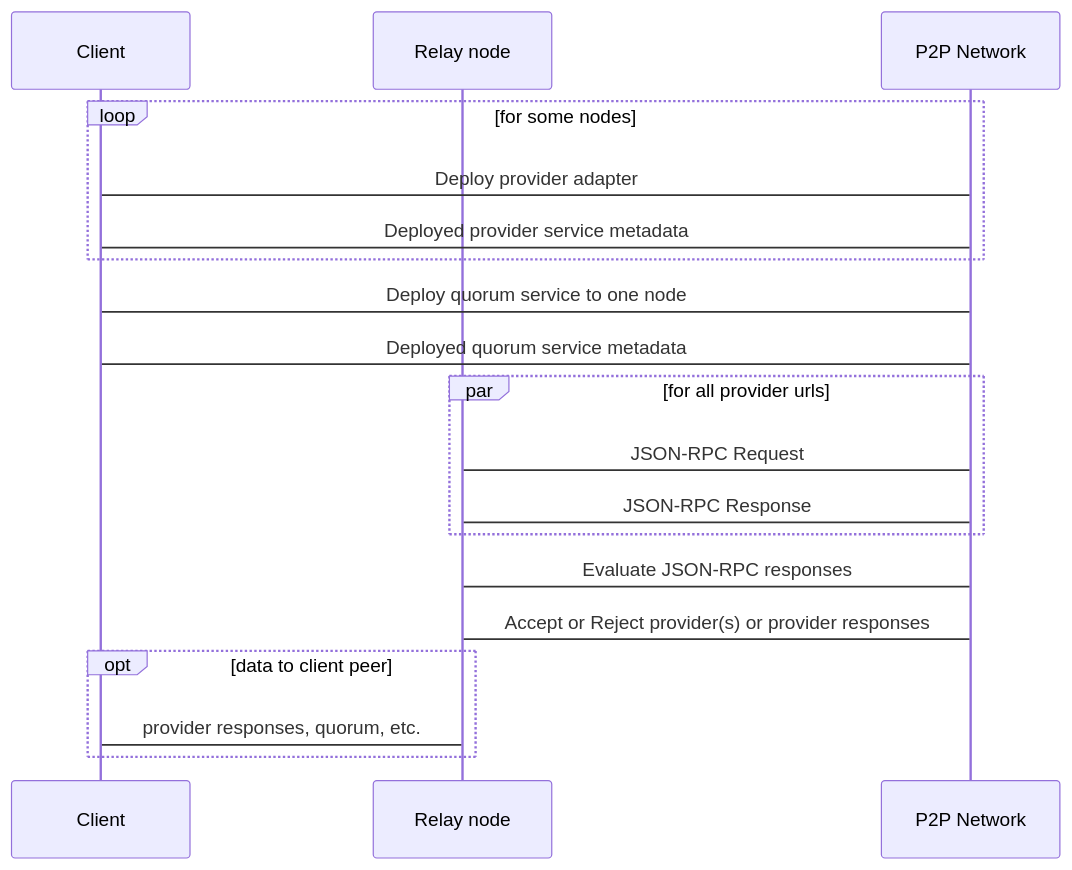
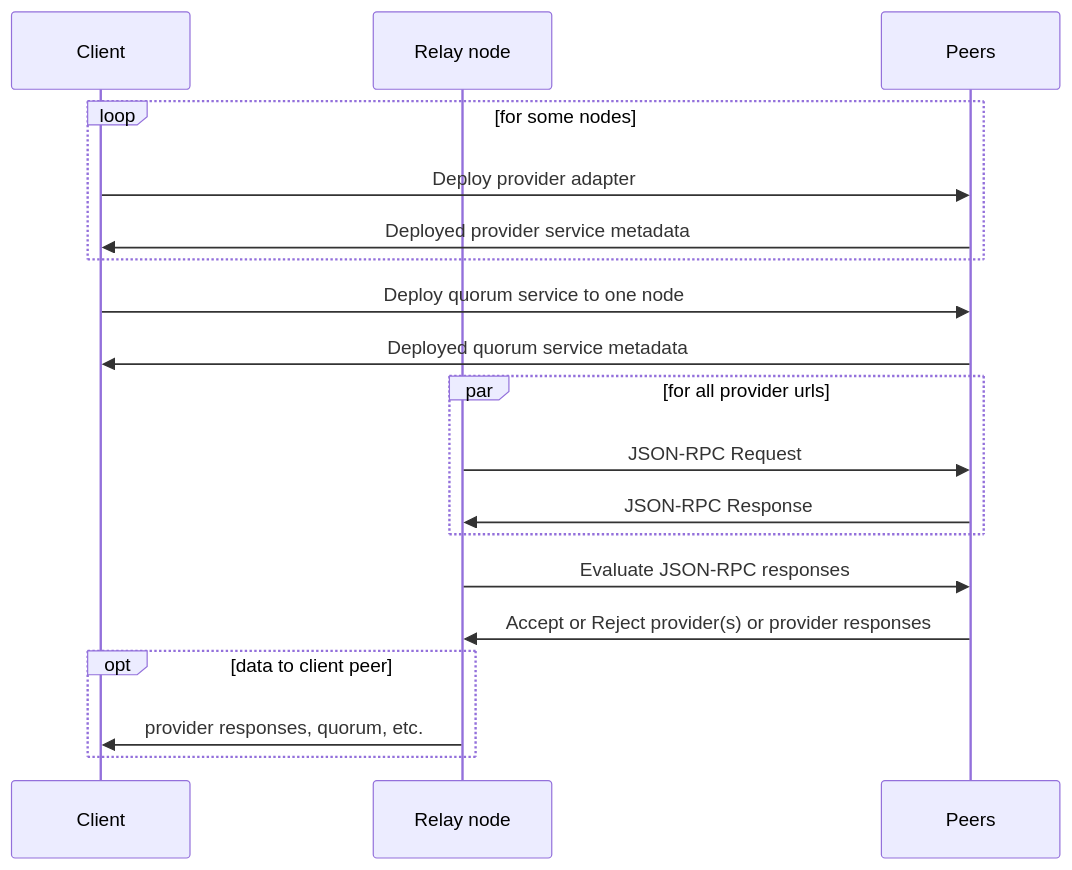
One commit to fluencelabs/examples changed the first of 2 diagrams in aqua-examples/decentralized-blockchain-gateway/README.md. Above: the diagram before and after it, drawn with Mermaid. The commit also changed other lines of this file, not shown here.

````diff
--- a/aqua-examples/decentralized-blockchain-gateway/README.md
+++ b/aqua-examples/decentralized-blockchain-gateway/README.md
@@ -43,28 +43,28 @@
 ```mermaid
     sequenceDiagram
 
     participant C as Client
     participant R  as Relay node
-    participant Pi as P2P Network
+    participant Pi as Peers
 
     loop for some nodes
-        C -> Pi: Deploy provider adapter
-        Pi -> C: Deployed provider service metadata  
+        C ->> Pi: Deploy provider adapter
+        Pi ->> C: Deployed provider service metadata  
     end
     
-    C -> Pi: Deploy quorum service to one node
-    Pi -> C: Deployed quorum service metadata  
+    C ->> Pi: Deploy quorum service to one node
+    Pi ->> C: Deployed quorum service metadata  
 
 
     par for all provider urls
-        R -> Pi: JSON-RPC Request
-        Pi -> R: JSON-RPC Response
+        R ->> Pi: JSON-RPC Request
+        Pi ->> R: JSON-RPC Response
     end
     
-    R -> Pi: Evaluate JSON-RPC responses
-    Pi -> R: Accept or Reject provider(s) or provider responses
+    R ->> Pi: Evaluate JSON-RPC responses
+    Pi ->> R: Accept or Reject provider(s) or provider responses
 
     opt data to client peer
-        R -> C: provider responses, quorum, etc.
+        R ->> C: provider responses, quorum, etc.
     end
 ```
````
